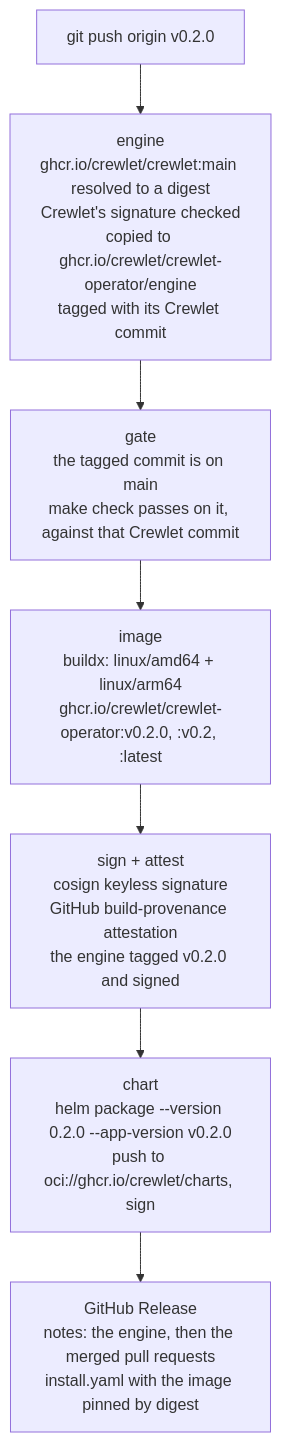
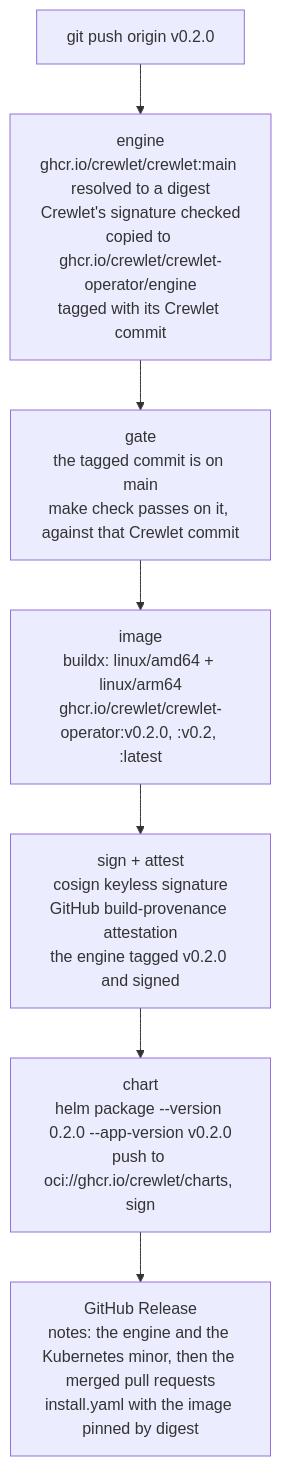
One commit to crewlet/crewlet-operator changed the diagram in RELEASING.md. Above: the diagram before and after it, drawn with Mermaid. The commit also changed other lines of this file and 17 other files, not shown here.

````diff
--- a/RELEASING.md
+++ b/RELEASING.md
@@ -16,10 +16,10 @@
 ```mermaid
 flowchart TD
     T["git push origin v0.2.0"] --> E
     E["engine<br/>ghcr.io/crewlet/crewlet:main resolved to a digest<br/>Crewlet's signature checked<br/>copied to ghcr.io/crewlet/crewlet-operator/engine<br/>tagged with its Crewlet commit"] --> G
     G["gate<br/>the tagged commit is on main<br/>make check passes on it, against that Crewlet commit"] --> I
     I["image<br/>buildx: linux/amd64 + linux/arm64<br/>ghcr.io/crewlet/crewlet-operator:v0.2.0, :v0.2, :latest"] --> S
     S["sign + attest<br/>cosign keyless signature<br/>GitHub build-provenance attestation<br/>the engine tagged v0.2.0 and signed"] --> C
     C["chart<br/>helm package --version 0.2.0 --app-version v0.2.0<br/>push to oci://ghcr.io/crewlet/charts, sign"] --> R
-    R["GitHub Release<br/>notes: the engine, then the merged pull requests<br/>install.yaml with the image pinned by digest"]
+    R["GitHub Release<br/>notes: the engine and the Kubernetes minor, then the merged pull requests<br/>install.yaml with the image pinned by digest"]
 ```
````
